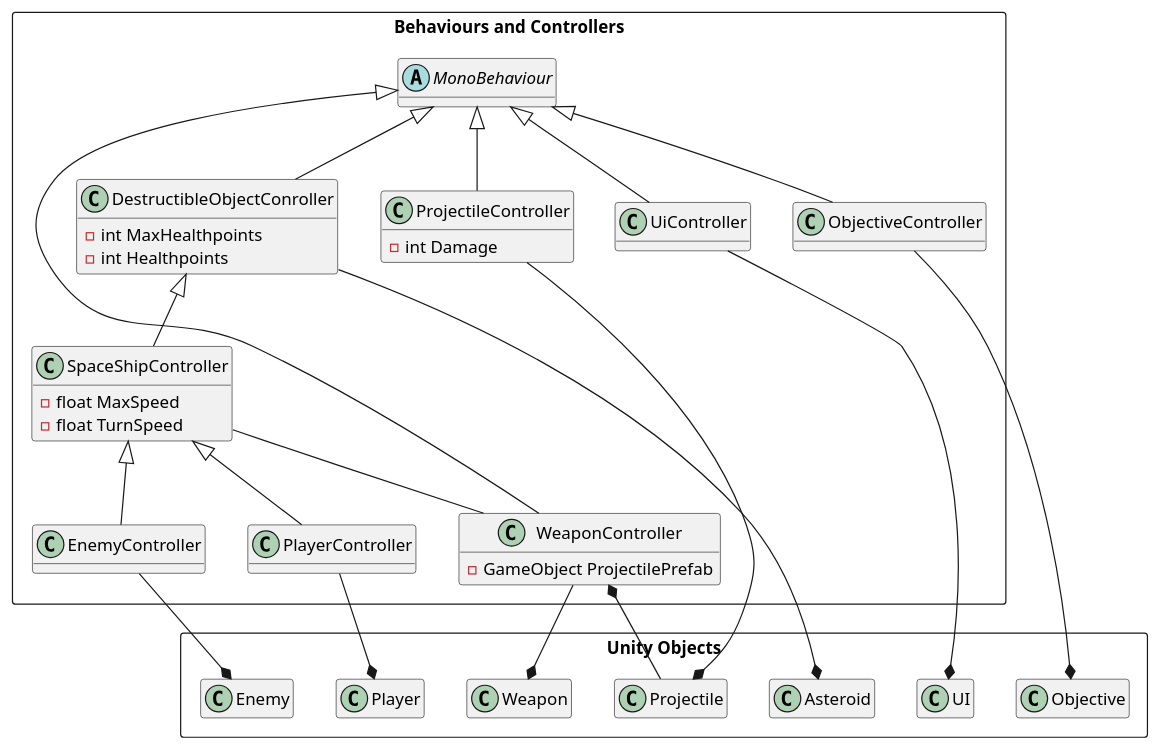
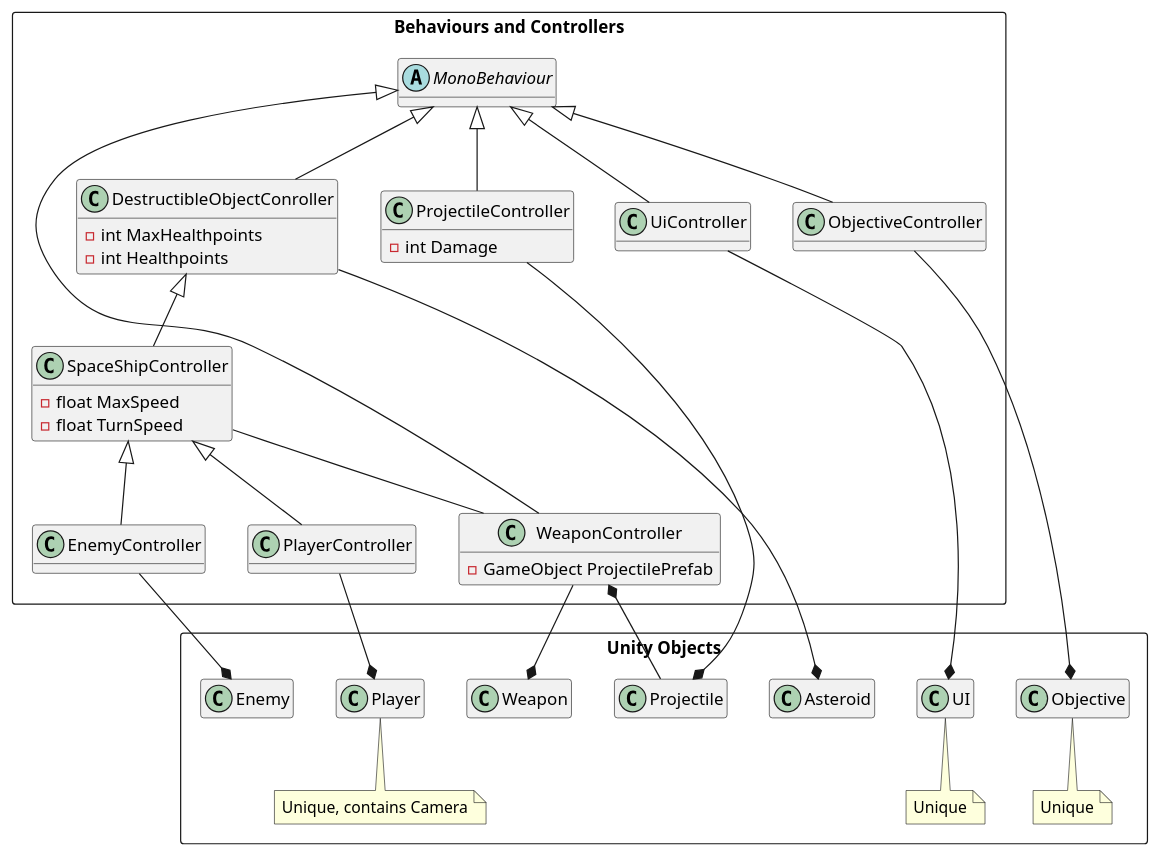
The diagram in doc/diagrams/Model.puml (smowdy/bfh_projekt_1), drawn with PlantUML before and after one commit. The commit also changed 2 other files, not shown here.

```diff
--- a/doc/diagrams/Model.puml
+++ b/doc/diagrams/Model.puml
@@ -1,56 +1,60 @@
 @startuml
 
 package "Unity Objects" <<Rectangle>> {
     hide members
     Class Player
     Class Enemy
     Class Weapon
     Class Projectile
     Class Asteroid
     Class Objective
     Class UI
+
+    note bottom of Player : Unique, contains Camera
+    note bottom of UI : Unique
+    note bottom of Objective : Unique
 }
 
 package "Behaviours and Controllers" <<Rectangle>> {
     hide methods
     abstract Class MonoBehaviour
     Class DestructibleObjectConroller{
         - int MaxHealthpoints
         - int Healthpoints
     }
     Class SpaceShipController{
         - float MaxSpeed
         - float TurnSpeed
     }
     Class PlayerController
     Class EnemyController
     Class WeaponController{
         - GameObject ProjectilePrefab
     }
     Class ProjectileController{
         - int Damage
     }
     Class ObjectiveController
     Class UiController
 }
 
 PlayerController -up-|> SpaceShipController
 EnemyController -up-|> SpaceShipController
 SpaceShipController -up-|> DestructibleObjectConroller
 SpaceShipController -- WeaponController
 ObjectiveController -up-|> MonoBehaviour
 WeaponController -up-|> MonoBehaviour
 ProjectileController -up-|> MonoBehaviour
 UiController -up-|> MonoBehaviour
 DestructibleObjectConroller -up-|> MonoBehaviour
 
 Player *-up- PlayerController
 Enemy *-up- EnemyController
 Weapon *-up- WeaponController
 Projectile *-up- ProjectileController
 WeaponController *-up- Projectile
 Objective *-up- ObjectiveController
 UI *-up- UiController
 Asteroid *-up- DestructibleObjectConroller
 
 @enduml
```
